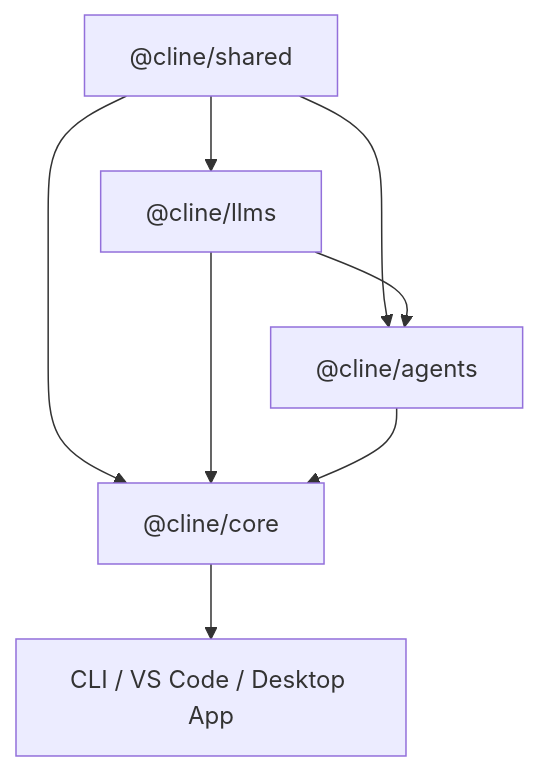
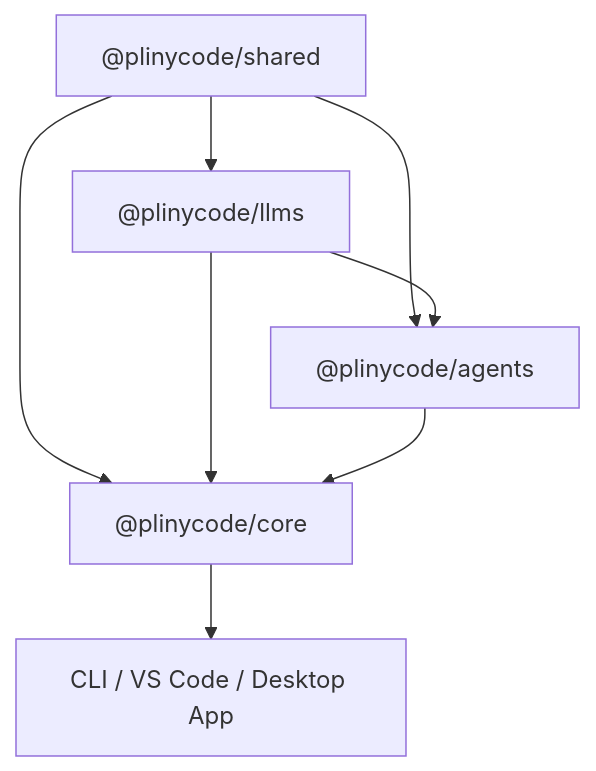
One commit to lgiaccar/PlinyCode changed the diagram in sdk/AGENTS.md. Above: the diagram before and after it, drawn with Mermaid. The commit also changed other lines of this file and 767 other files, not shown here.

````diff
--- a/sdk/AGENTS.md
+++ b/sdk/AGENTS.md
@@ -28,7 +28,7 @@
 ```mermaid
 flowchart TD
-  shared["@cline/shared"] --> llms["@cline/llms"] & agents["@cline/agents"] & core["@cline/core"]
+  shared["@plinycode/shared"] --> llms["@plinycode/llms"] & agents["@plinycode/agents"] & core["@plinycode/core"]
   llms --> agents & core
   agents --> core
   core --> apps["CLI / VS Code / Desktop App"]
 ```
````
